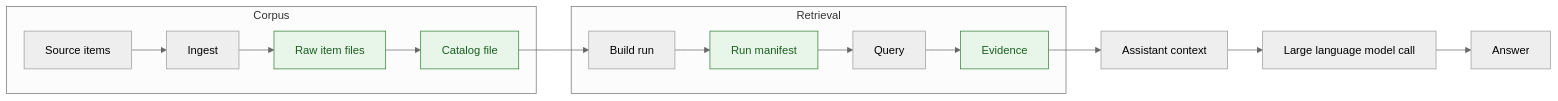
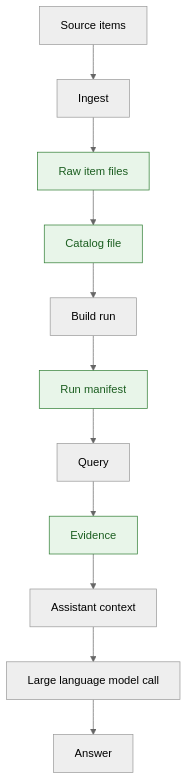
The diagram in README.md (AnthusAI/Biblicus), drawn with Mermaid (neutral theme) before and after one commit.

Commit message:
docs: make readme Mermaid diagram vertical

````diff
--- a/README.md
+++ b/README.md
@@ -35,24 +35,21 @@
 ```mermaid
-flowchart LR
-  subgraph Corpus
-    Source[Source items] --> Ingest[Ingest]
-    Ingest --> Raw[Raw item files]
-    Raw --> Catalog[Catalog file]
-  end
+%%{init: {"flowchart": {"useMaxWidth": true}}}%%
+flowchart TD
+  Source[Source items] --> Ingest[Ingest]
+  Ingest --> Raw[Raw item files]
+  Raw --> Catalog[Catalog file]
 
-  subgraph Retrieval
-    Catalog --> Build[Build run]
-    Build --> Run[Run manifest]
-    Run --> Query[Query]
-    Query --> Evidence[Evidence]
-  end
+  Catalog --> Build[Build run]
+  Build --> Run[Run manifest]
+  Run --> Query[Query]
+  Query --> Evidence[Evidence]
 
   Evidence --> Context[Assistant context]
   Context --> Model[Large language model call]
   Model --> Answer[Answer]
 
   style Raw fill:#e8f5e9,stroke:#2e7d32,color:#1b5e20
   style Catalog fill:#e8f5e9,stroke:#2e7d32,color:#1b5e20
   style Run fill:#e8f5e9,stroke:#2e7d32,color:#1b5e20
   style Evidence fill:#e8f5e9,stroke:#2e7d32,color:#1b5e20
 ```
````
